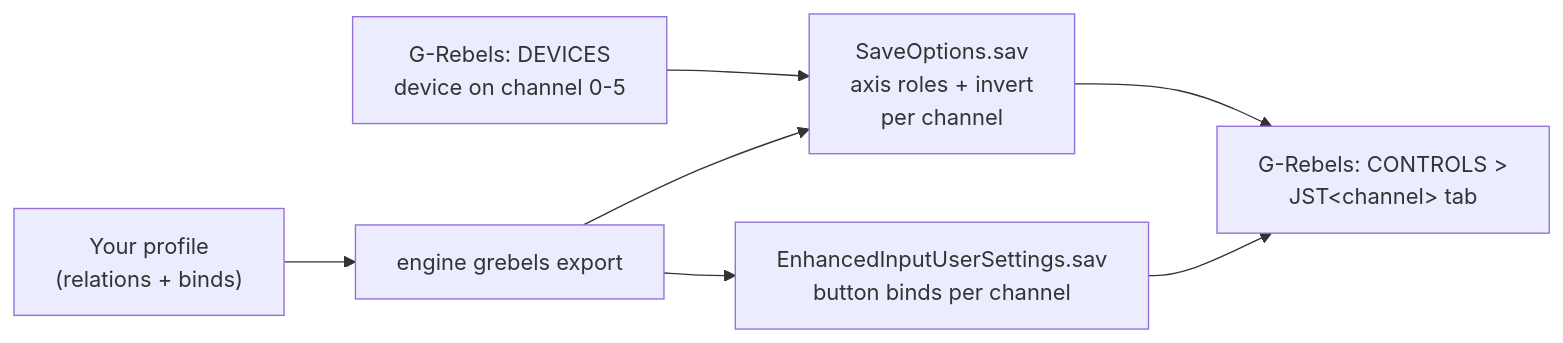
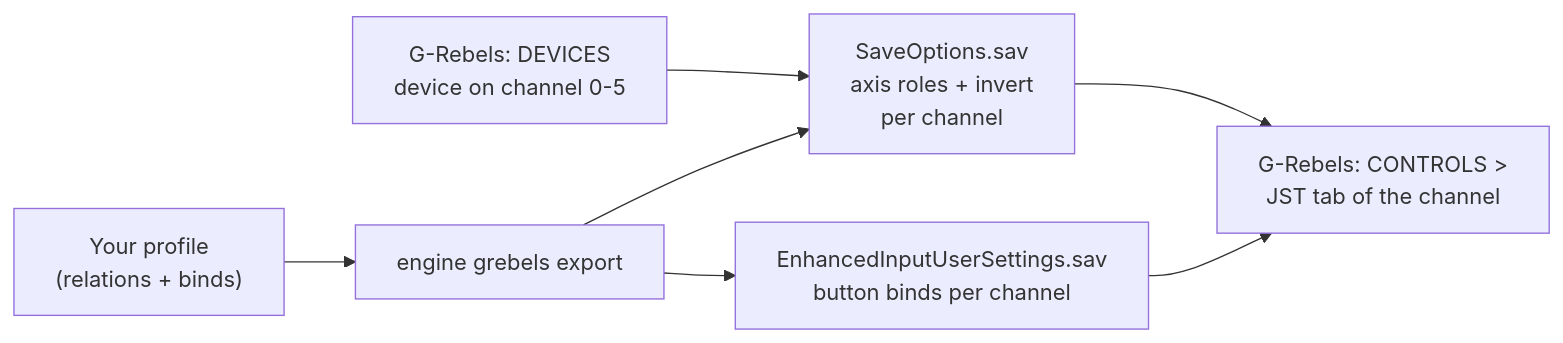
The diagram in website/content/games/g-rebels.md (Holdi601/JoystickProfiler2), drawn with Mermaid before and after one commit. The commit also changed other lines of this file and 718 other files, not shown here.

Commit message:
JoyPro2 2.7.0

````diff
--- a/website/content/games/g-rebels.md
+++ b/website/content/games/g-rebels.md
@@ -20,9 +144,10 @@
 ```mermaid
+%% caption: You give each device a channel once in the game. JoyPro writes the axis roles and buttons of that channel.
 flowchart LR
   D["G-Rebels: DEVICES<br/>device on channel 0-5"] --> S
   P["Your profile<br/>(relations + binds)"] --> E["engine grebels export"]
   E --> S["SaveOptions.sav<br/>axis roles + invert<br/>per channel"]
   E --> B["EnhancedInputUserSettings.sav<br/>button binds per channel"]
-  S --> G["G-Rebels: CONTROLS ><br/>JST&lt;channel&gt; tab"]
+  S --> G["G-Rebels: CONTROLS ><br/>JST tab of the channel"]
   B --> G
 ```
````
